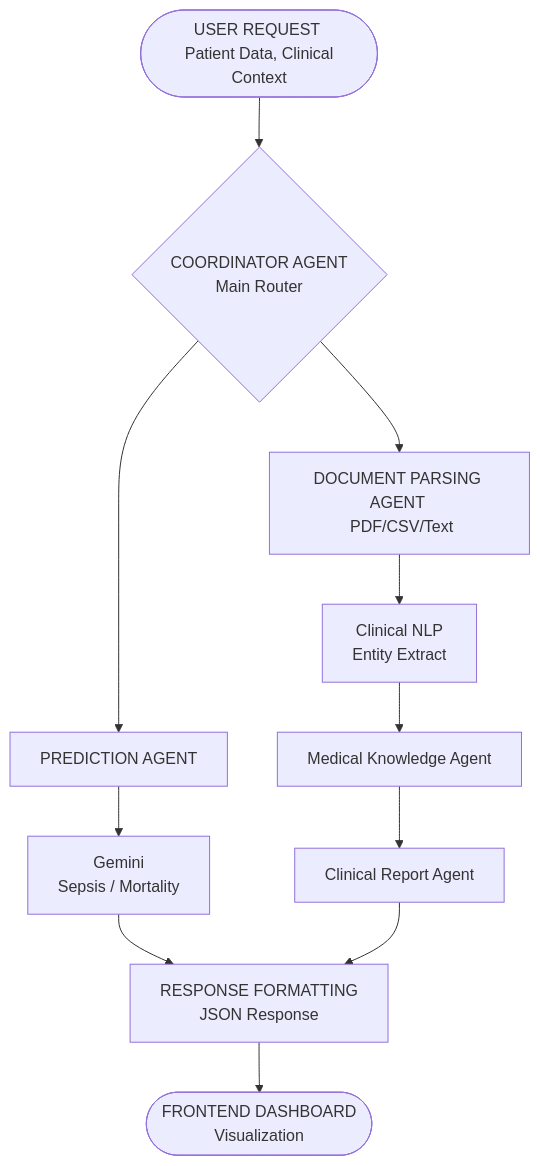
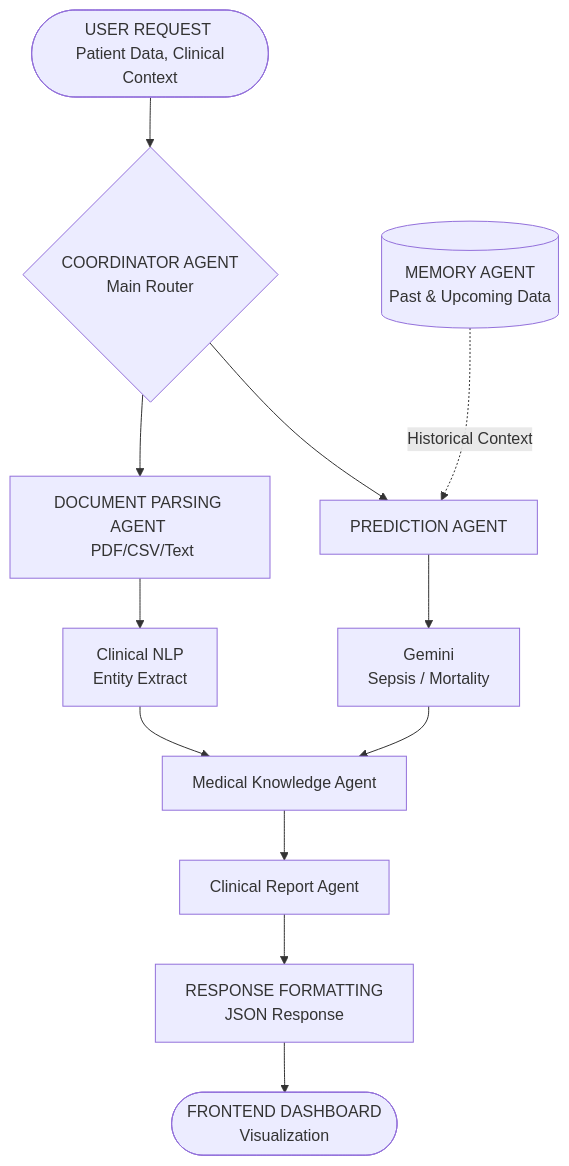
Before and after one commit to shashidhar-02/sesdlabproject11: the third of 3 diagrams in SECURITY.md, drawn with Mermaid.

Commit message:
Enhance flowchart with memory agent and prediction details
Updated the flowchart in SECURITY.md to include memory agent interactions and clarify prediction flows.

````diff
--- a/SECURITY.md
+++ b/SECURITY.md
@@ -116,16 +116,23 @@
 ```mermaid
 flowchart TD
     User([USER REQUEST <br/> Patient Data, Clinical Context]) --> Coord{COORDINATOR AGENT <br/> Main Router}
+    
+    %% Document Parsing Flow
+    Coord --> Doc[DOCUMENT PARSING AGENT <br/> PDF/CSV/Text]
+    Doc --> NLP[Clinical NLP <br/> Entity Extract]
+    
+    %% Prediction Flow with Memory
     Coord --> Pred[PREDICTION AGENT]
-    Coord --> Doc[DOCUMENT PARSING AGENT <br/> PDF/CSV/Text]
+    Memory[(MEMORY AGENT <br/> Past & Upcoming Data)] -.->|Historical Context| Pred
+    Pred --> GemS[Gemini <br/> Sepsis / Mortality]
     
-    Pred --> GemS[Gemini <br/> Sepsis / Mortality]
-    Doc --> NLP[Clinical NLP <br/> Entity Extract]
-    NLP --> Know[Medical Knowledge Agent]
+    %% Interaction convergence (Prediction feeds into Knowledge)
+    GemS --> Know[Medical Knowledge Agent]
+    NLP --> Know
+    
+    %% Final output
     Know --> Rep[Clinical Report Agent]
-    
-    GemS --> Formatter[RESPONSE FORMATTING <br/> JSON Response]
-    Rep --> Formatter
+    Rep --> Formatter[RESPONSE FORMATTING <br/> JSON Response]
     
     Formatter --> Dash([FRONTEND DASHBOARD <br/> Visualization])
 ```
````
